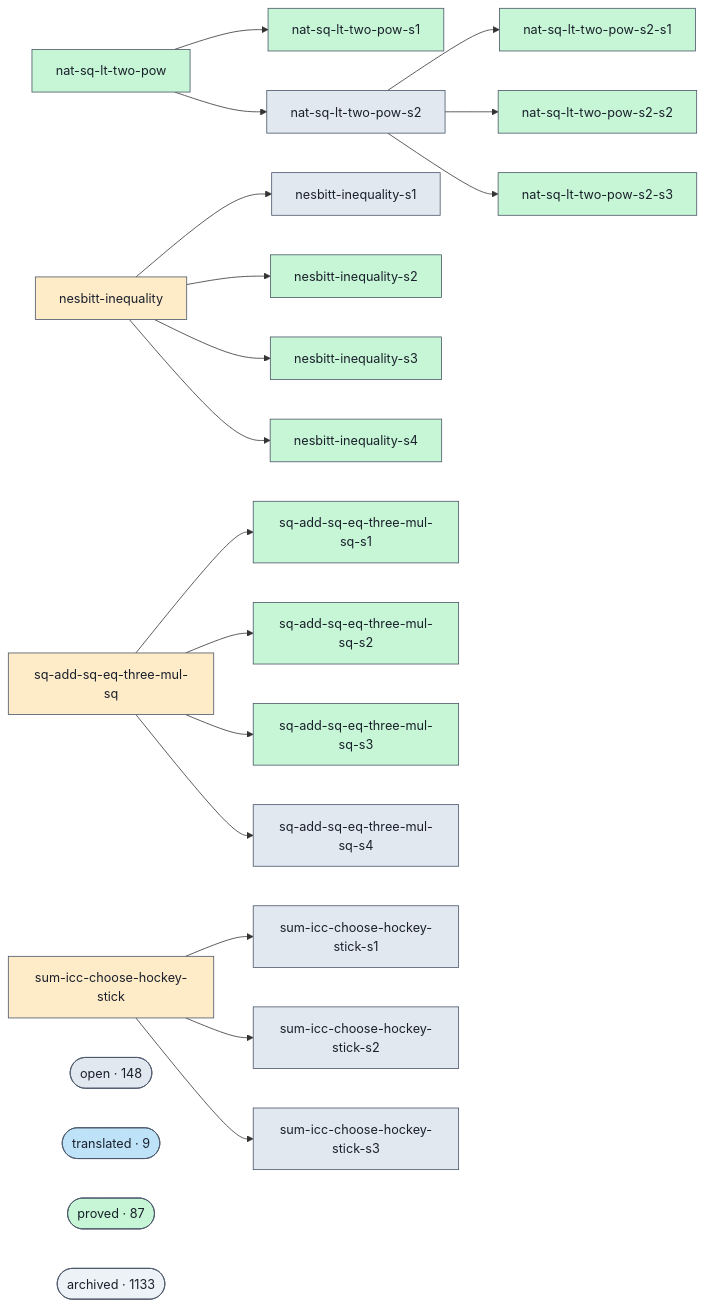
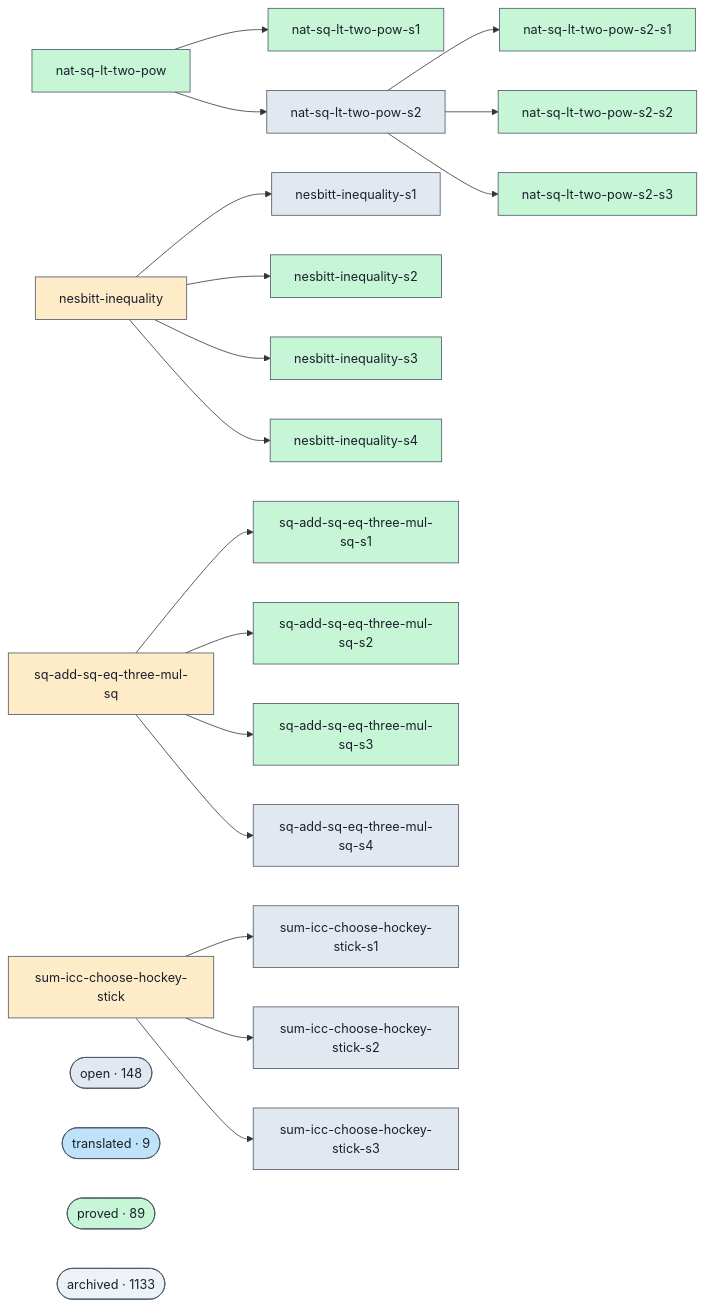
The diagram in docs/proofs-contributors-visualisation.md (ohdearquant/unsorry), drawn with Mermaid before and after one commit. The commit also changed other lines of this file and 2 other files, not shown here.

```diff
--- a/docs/proofs-contributors-visualisation.md
+++ b/docs/proofs-contributors-visualisation.md
@@ -102,7 +102,7 @@
   class cluster_open open;
   cluster_translated(["translated · 9"])
   class cluster_translated translated;
-  cluster_proved(["proved · 87"])
+  cluster_proved(["proved · 89"])
   class cluster_proved proved;
   cluster_archived(["archived · 1133"])
   class cluster_archived unknown;
```
